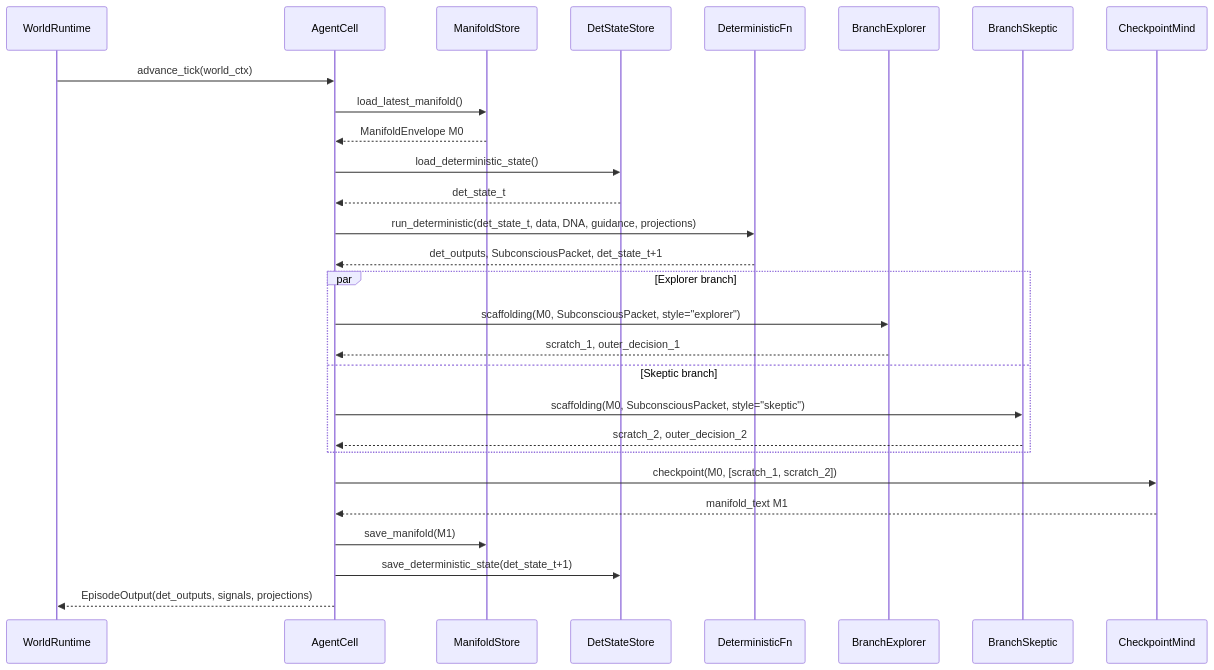
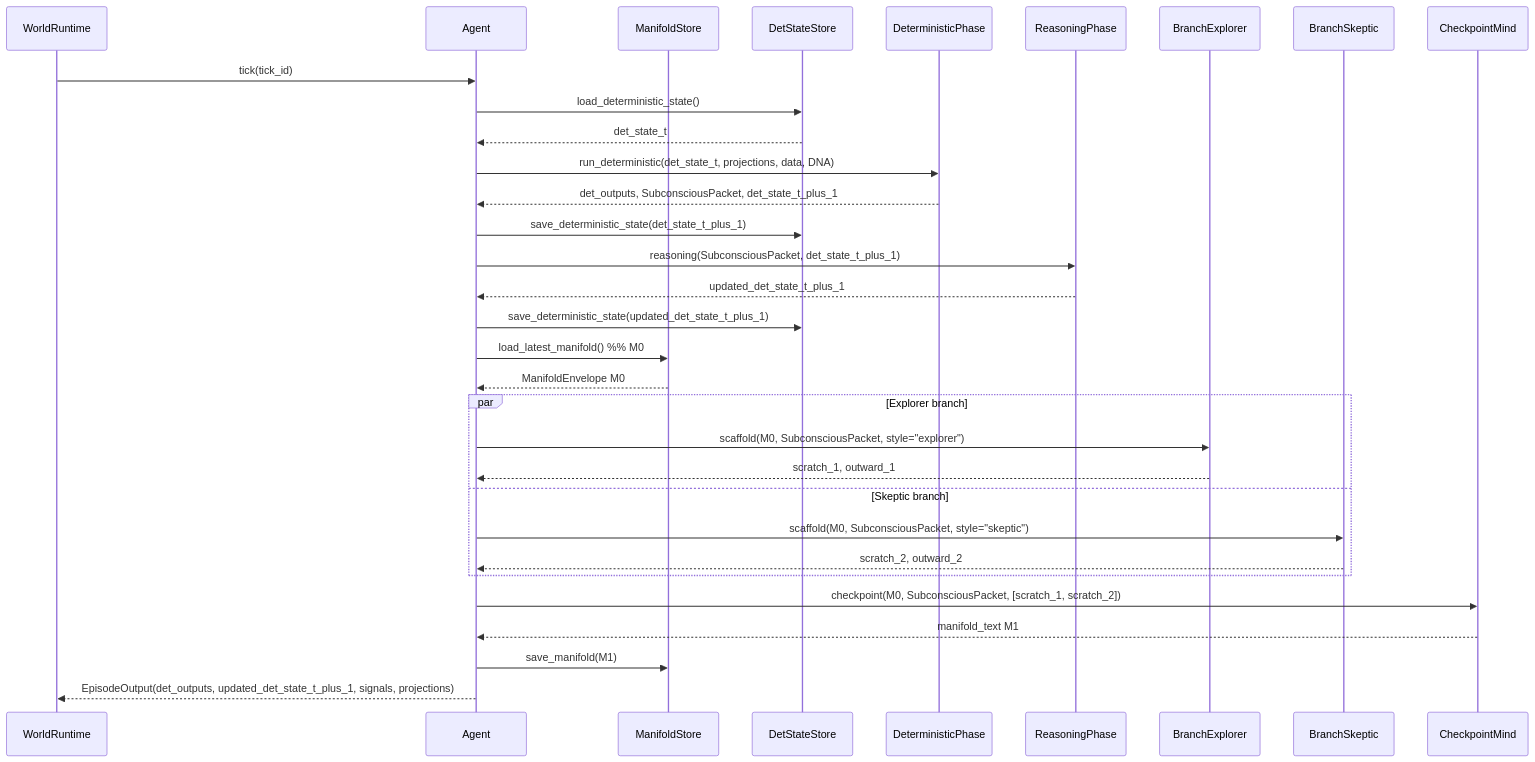
The first of 4 diagrams in README.md (evanfollis/synaplex), drawn with Mermaid before and after one commit. The commit also changed other lines of this file, not shown here.

````diff
--- a/README.md
+++ b/README.md
@@ -102,44 +122,50 @@
 ```mermaid
 sequenceDiagram
     participant W as WorldRuntime
-    participant A as AgentCell
+    participant A as Agent
     participant MS as ManifoldStore
     participant DS as DetStateStore
-    participant DET as DeterministicFn
+    participant DET as DeterministicPhase
+    participant EP as ReasoningPhase
     participant B1 as BranchExplorer
     participant B2 as BranchSkeptic
     participant CP as CheckpointMind
 
-    W->>A: advance_tick(world_ctx)
+    W->>A: tick(tick_id)
 
-    %% Load state
-    A->>MS: load_latest_manifold()
-    MS-->>A: ManifoldEnvelope M0
-
+    %% Deterministic / subconscious phase (no manifolds, no LLM)
     A->>DS: load_deterministic_state()
     DS-->>A: det_state_t
 
-    %% Deterministic / subconscious phase
-    A->>DET: run_deterministic(det_state_t, data, DNA, guidance, projections)
-    DET-->>A: det_outputs, SubconsciousPacket, det_state_t+1
+    A->>DET: run_deterministic(det_state_t, projections, data, DNA)
+    DET-->>A: det_outputs, SubconsciousPacket, det_state_t_plus_1
+
+    A->>DS: save_deterministic_state(det_state_t_plus_1)
+
+    %% Reasoning / episodic phase (LLMs/tools allowed, no manifolds)
+    A->>EP: reasoning(SubconsciousPacket, det_state_t_plus_1)
+    EP-->>A: updated_det_state_t_plus_1
+    A->>DS: save_deterministic_state(updated_det_state_t_plus_1)
+
+    %% Conscious / manifold phase (manifold I/O allowed)
+    A->>MS: load_latest_manifold()  %% M0
+    MS-->>A: ManifoldEnvelope M0
 
     %% Optional multi-branch scaffolding (conjecture)
     par Explorer branch
-        A->>B1: scaffolding(M0, SubconsciousPacket, style="explorer")
-        B1-->>A: scratch_1, outer_decision_1
+        A->>B1: scaffold(M0, SubconsciousPacket, style="explorer")
+        B1-->>A: scratch_1, outward_1
     and Skeptic branch
-        A->>B2: scaffolding(M0, SubconsciousPacket, style="skeptic")
-        B2-->>A: scratch_2, outer_decision_2
+        A->>B2: scaffold(M0, SubconsciousPacket, style="skeptic")
+        B2-->>A: scratch_2, outward_2
     end
 
-    %% Checkpoint ritual (internal reconciliation)
-    A->>CP: checkpoint(M0, [scratch_1, scratch_2])
+    %% Checkpoint ritual (internal reconciliation, single write path)
+    A->>CP: checkpoint(M0, SubconsciousPacket, [scratch_1, scratch_2])
     CP-->>A: manifold_text M1
 
-    %% Persist state
     A->>MS: save_manifold(M1)
-    A->>DS: save_deterministic_state(det_state_t+1)
 
     %% Emit outer surfaces
-    A-->>W: EpisodeOutput(det_outputs, signals, projections)
+    A-->>W: EpisodeOutput(det_outputs, updated_det_state_t_plus_1, signals, projections)
 ```
````
